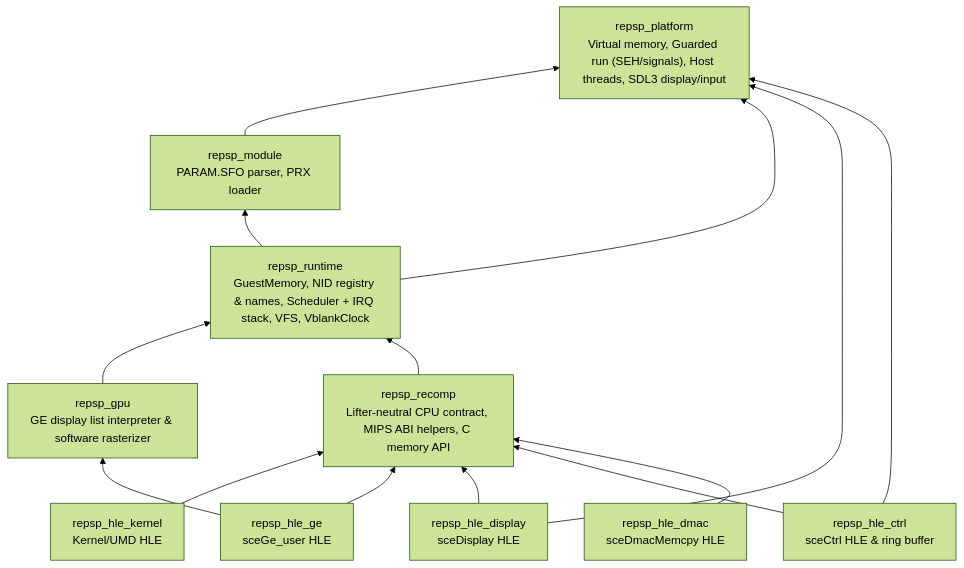
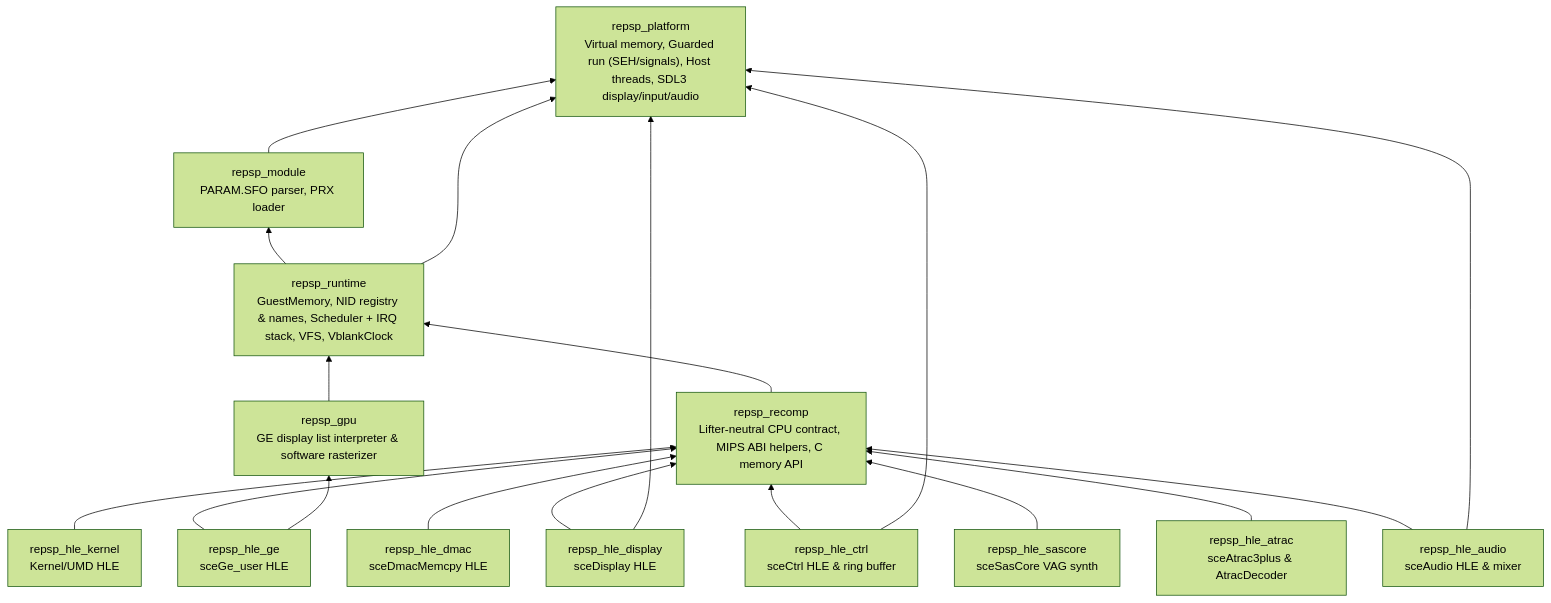
The diagram in ARCHITECTURE.md (reexec/repsp), drawn with Mermaid (forest theme) before and after one commit. The commit also changed other lines of this file and 32 other files, not shown here.

First line of the commit message:
v0.0.6: audio — sceAudio output, sceSasCore mixer, sceAtrac3plus with silent decoding (#12)

````diff
--- a/ARCHITECTURE.md
+++ b/ARCHITECTURE.md
@@ -11,27 +11,34 @@
 ```mermaid
 flowchart BT
-    PLAT["repsp_platform<br/>Virtual memory, Guarded run (SEH/signals), Host threads, SDL3 display/input"]
+    PLAT["repsp_platform<br/>Virtual memory, Guarded run (SEH/signals), Host threads, SDL3 display/input/audio"]
     MOD["repsp_module<br/>PARAM.SFO parser, PRX loader"]
     RT["repsp_runtime<br/>GuestMemory, NID registry & names, Scheduler + IRQ stack, VFS, VblankClock"]
     GPU["repsp_gpu<br/>GE display list interpreter & software rasterizer"]
     REC["repsp_recomp<br/>Lifter-neutral CPU contract, MIPS ABI helpers, C memory API"]
     HLEK["repsp_hle_kernel<br/>Kernel/UMD HLE"]
     HLEG["repsp_hle_ge<br/>sceGe_user HLE"]
     HLED["repsp_hle_display<br/>sceDisplay HLE"]
     HLEC["repsp_hle_ctrl<br/>sceCtrl HLE & ring buffer"]
     HLEDM["repsp_hle_dmac<br/>sceDmacMemcpy HLE"]
+    HAUD["repsp_hle_audio<br/>sceAudio HLE & mixer"]
+    HSAS["repsp_hle_sascore<br/>sceSasCore VAG synth"]
+    HATR["repsp_hle_atrac<br/>sceAtrac3plus & AtracDecoder"]
 
     MOD --> PLAT
     RT --> MOD
     RT --> PLAT
     GPU --> RT
     REC --> RT
     HLEK --> REC
     HLEG --> REC
     HLEG --> GPU
     HLED --> REC
     HLED --> PLAT
     HLEC --> REC
     HLEC --> PLAT
     HLEDM --> REC
+    HAUD --> REC
+    HAUD --> PLAT
+    HSAS --> REC
+    HATR --> REC
 ```
````
